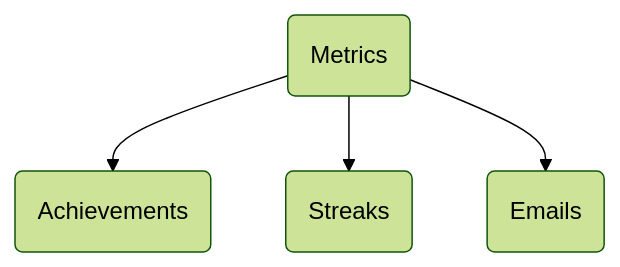
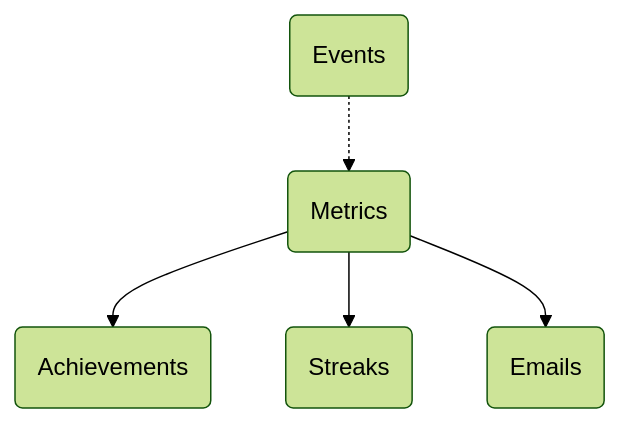
The diagram in guides/tutorials/how-to-build-a-gamified-study-platform.mdx (trophyso/docs), drawn with Mermaid (forest theme) before and after one commit. The commit also changed other lines of this file and 5 other files, not shown here.

````diff
--- a/guides/tutorials/how-to-build-a-gamified-study-platform.mdx
+++ b/guides/tutorials/how-to-build-a-gamified-study-platform.mdx
@@ -676,10 +687,12 @@
 ```mermaid
 flowchart TD
-    A@{ shape: rounded, label: "Metrics" }
-    B@{ shape: rounded, label: "Achievements" }
-    C@{ shape: rounded, label: "Streaks" }
-    D@{ shape: rounded, label: "Emails" }
-    A-->B
-    A-->C
-    A-->D
+    A@{ shape: rounded, label: "Events" }
+    B@{ shape: rounded, label: "Metrics" }
+    C@{ shape: rounded, label: "Achievements" }
+    D@{ shape: rounded, label: "Streaks" }
+    E@{ shape: rounded, label: "Emails" }
+    A-.->B
+    B-->C
+    B-->D
+    B-->E
 ```
````
